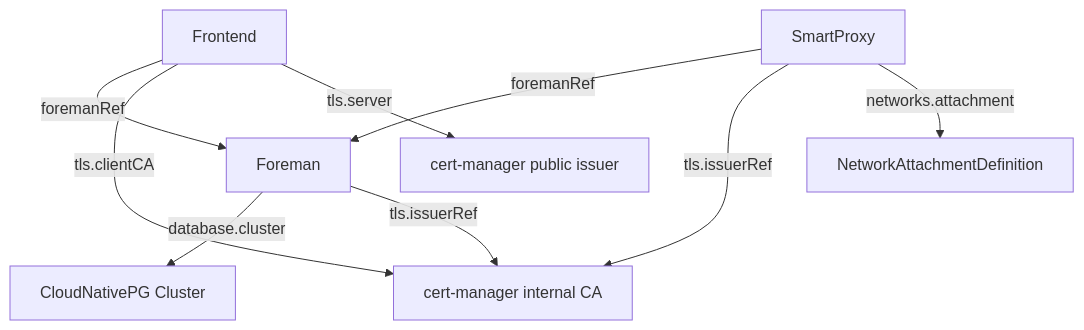
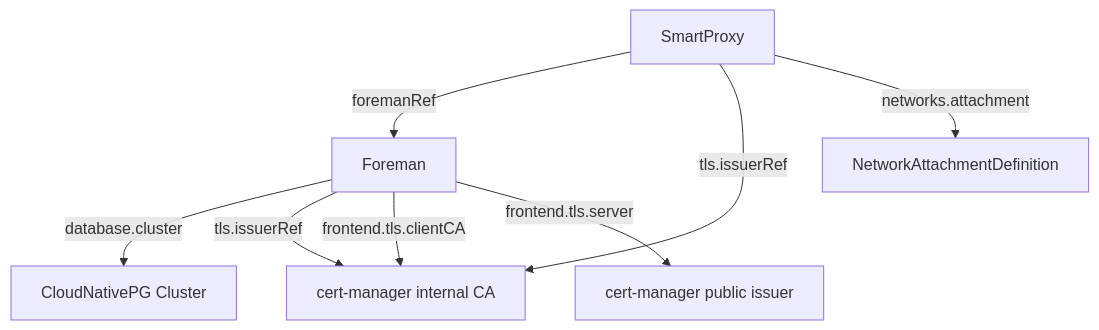
The second of 2 diagrams in docs/concepts/architecture.md (slauger/foreman-operator), drawn with Mermaid before and after one commit. The commit also changed other lines of this file and 50 other files, not shown here.

First line of the commit message:
feat!: run the frontend as a sidecar of the Foreman web pods (#17)

````diff
--- a/docs/concepts/architecture.md
+++ b/docs/concepts/architecture.md
@@ -50,11 +52,10 @@
 ```mermaid
 flowchart TD
-  Frontend -->|foremanRef| Foreman
   SmartProxy -->|foremanRef| Foreman
   Foreman -->|database.cluster| CNPG[CloudNativePG Cluster]
   Foreman -->|tls.issuerRef| Internal[cert-manager internal CA]
   SmartProxy -->|tls.issuerRef| Internal
-  Frontend -->|tls.clientCA| Internal
-  Frontend -->|tls.server| Public[cert-manager public issuer]
+  Foreman -->|frontend.tls.clientCA| Internal
+  Foreman -->|frontend.tls.server| Public[cert-manager public issuer]
   SmartProxy -->|networks.attachment| NAD[NetworkAttachmentDefinition]
 ```
````
